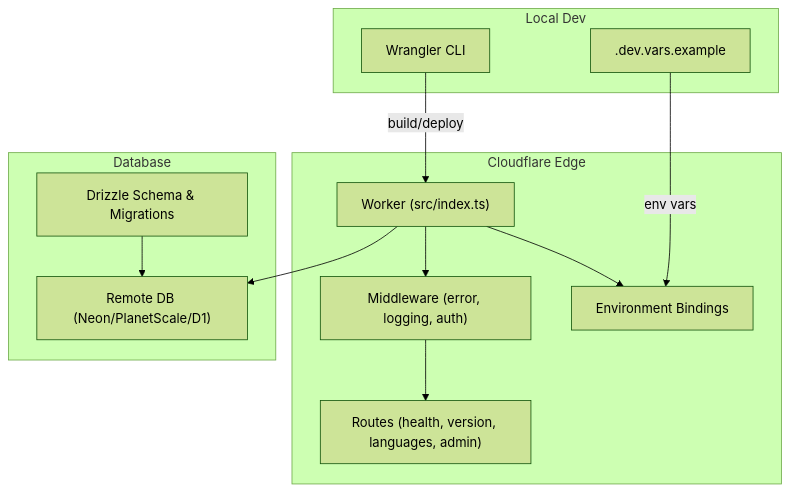
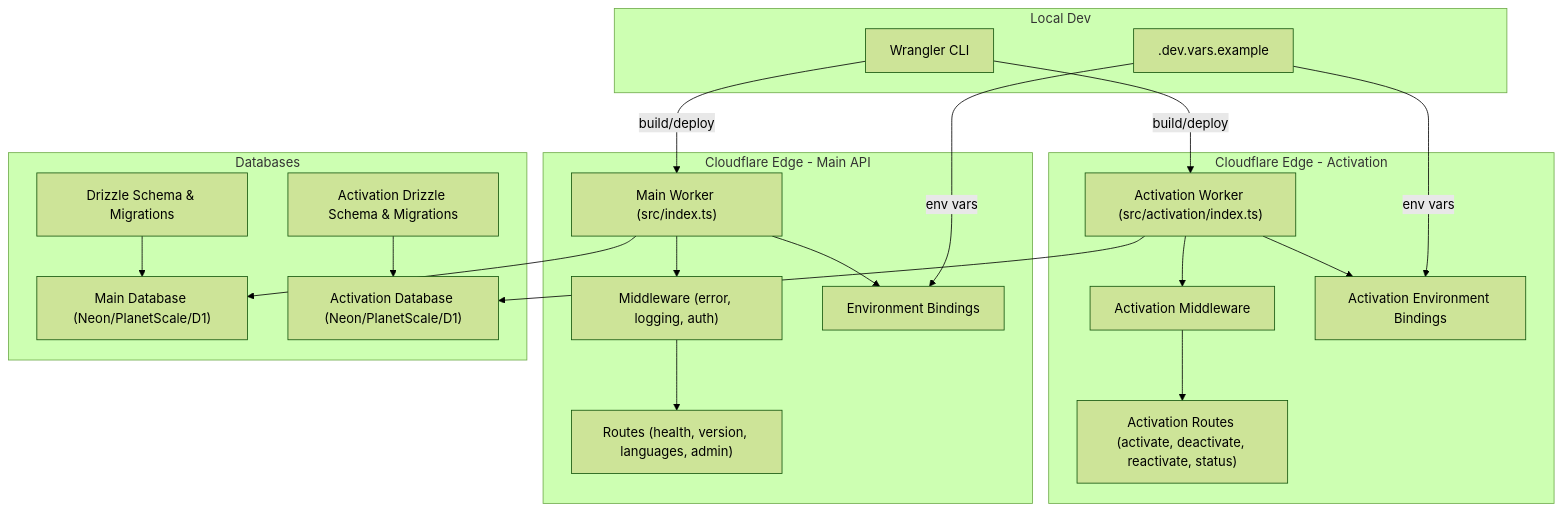
Before and after one commit to Mesililm-LLC/api.trackdub: the second of 3 diagrams in .qoder/repowiki/en/content/Deployment Guide/Deployment Guide.md, drawn with Mermaid (forest theme). The commit also changed other lines of this file and 37 other files, not shown here.

````diff
--- a/.qoder/repowiki/en/content/Deployment Guide/Deployment Guide.md
+++ b/.qoder/repowiki/en/content/Deployment Guide/Deployment Guide.md
@@ -100,24 +138,39 @@
 ```mermaid
 graph TB
 subgraph "Local Dev"
 WCLI["Wrangler CLI"]
 VARS[".dev.vars.example"]
 end
-subgraph "Cloudflare Edge"
-WRK["Worker (src/index.ts)"]
-MW["Middleware (error, logging, auth)"]
-RT["Routes (health, version, languages, admin)"]
-ENV["Environment Bindings"]
+subgraph "Cloudflare Edge - Main API"
+MAIN_WRK["Main Worker (src/index.ts)"]
+MAIN_MW["Middleware (error, logging, auth)"]
+MAIN_RT["Routes (health, version, languages, admin)"]
+MAIN_ENV["Environment Bindings"]
 end
-subgraph "Database"
-DB["Remote DB (Neon/PlanetScale/D1)"]
-DRZ["Drizzle Schema & Migrations"]
+subgraph "Cloudflare Edge - Activation"
+ACT_WRK["Activation Worker (src/activation/index.ts)"]
+ACT_MW["Activation Middleware"]
+ACT_RT["Activation Routes (activate, deactivate, reactivate, status)"]
+ACT_ENV["Activation Environment Bindings"]
 end
-WCLI --> |build/deploy| WRK
-VARS --> |env vars| ENV
-WRK --> MW
-MW --> RT
-WRK --> ENV
-WRK --> DB
-DRZ --> DB
+subgraph "Databases"
+MAIN_DB["Main Database (Neon/PlanetScale/D1)"]
+ACT_DB["Activation Database (Neon/PlanetScale/D1)"]
+MAIN_DRZ["Drizzle Schema & Migrations"]
+ACT_DRZ["Activation Drizzle Schema & Migrations"]
+end
+WCLI --> |build/deploy| MAIN_WRK
+WCLI --> |build/deploy| ACT_WRK
+VARS --> |env vars| MAIN_ENV
+VARS --> |env vars| ACT_ENV
+MAIN_WRK --> MAIN_MW
+MAIN_MW --> MAIN_RT
+MAIN_WRK --> MAIN_ENV
+MAIN_WRK --> MAIN_DB
+ACT_WRK --> ACT_MW
+ACT_MW --> ACT_RT
+ACT_WRK --> ACT_ENV
+ACT_WRK --> ACT_DB
+MAIN_DRZ --> MAIN_DB
+ACT_DRZ --> ACT_DB
 ```
````
